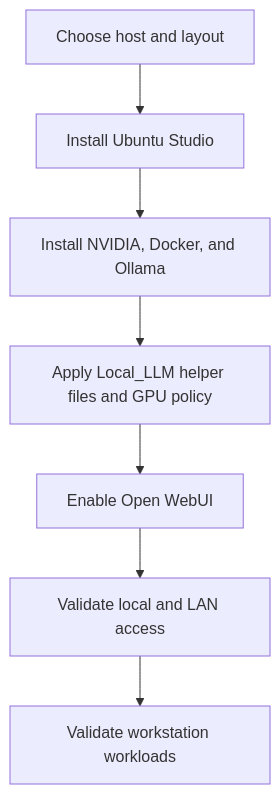
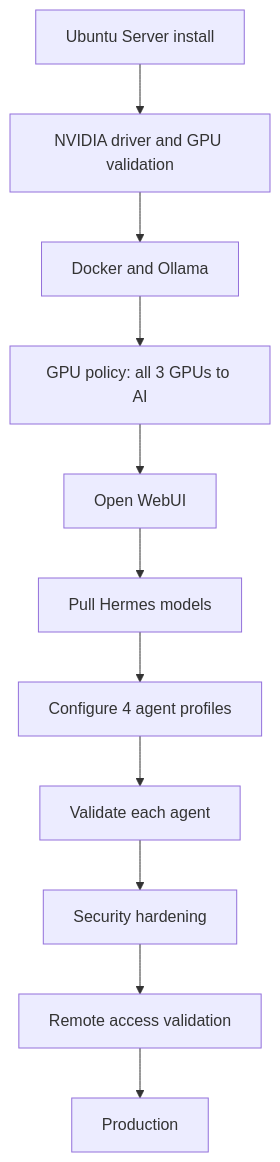
The diagram in docs/implementation-plan.md (DanD-2/Local_Skippy), drawn with Mermaid before and after one commit. The commit also changed other lines of this file and 31 other files, not shown here.

First line of the commit message:
refactor: align repo to dedicated multi-agent AI server direction

````diff
--- a/docs/implementation-plan.md
+++ b/docs/implementation-plan.md
@@ -28,9 +27,13 @@
 ```mermaid
 flowchart TD
-	A[Choose host and layout] --> B[Install Ubuntu Studio]
-	B --> C[Install NVIDIA, Docker, and Ollama]
-	C --> D[Apply Local_LLM helper files and GPU policy]
-	D --> E[Enable Open WebUI]
-	E --> F[Validate local and LAN access]
-	F --> G[Validate workstation workloads]
+    A[Ubuntu Server install] --> B[NVIDIA driver and GPU validation]
+    B --> C[Docker and Ollama]
+    C --> D[GPU policy: all 3 GPUs to AI]
+    D --> E[Open WebUI]
+    E --> F[Pull Hermes models]
+    F --> G[Configure 4 agent profiles]
+    G --> H[Validate each agent]
+    H --> I[Security hardening]
+    I --> J[Remote access validation]
+    J --> K[Production]
 ```
````
